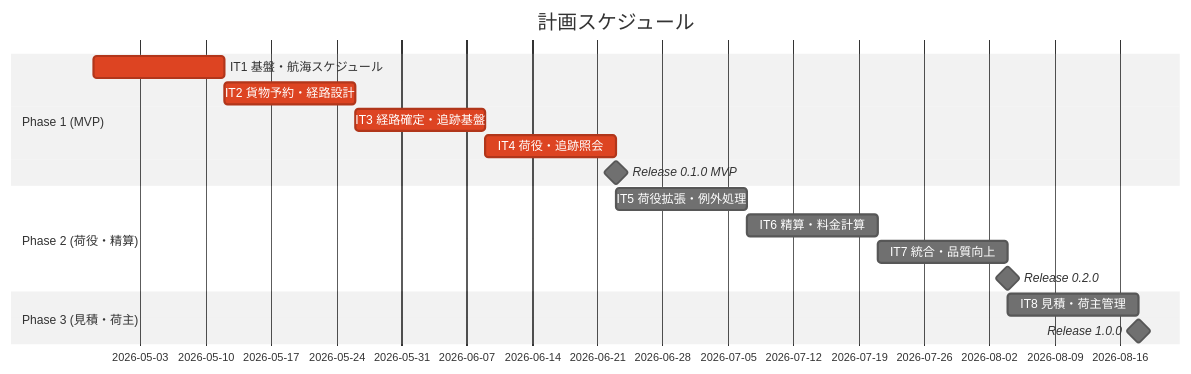
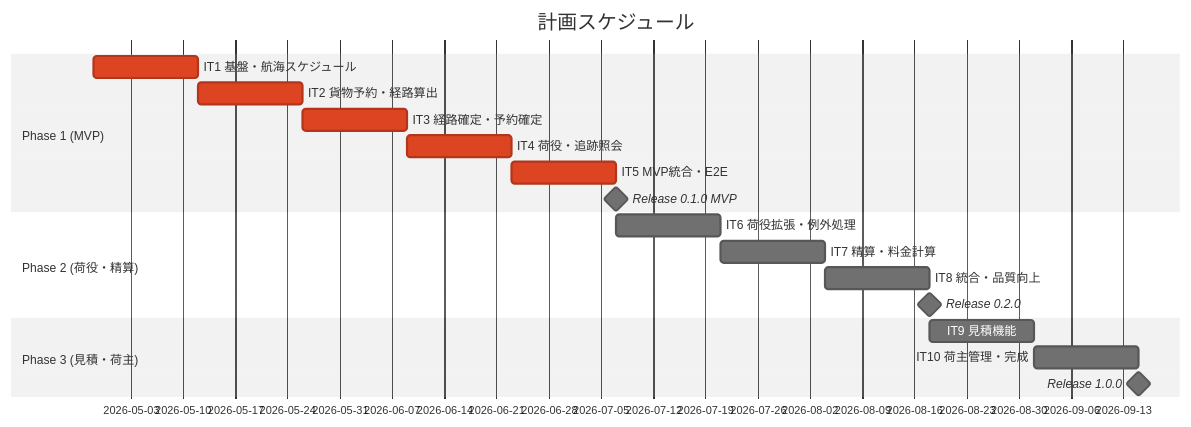
Before and after one commit to k2works/case-study-cargo-tracker: the first of 3 diagrams in docs/development/release_plan.md, drawn with Mermaid (neutral theme). The commit also changed other lines of this file and 2 other files, not shown here.

````diff
--- a/docs/development/release_plan.md
+++ b/docs/development/release_plan.md
@@ -136,19 +151,21 @@
 ```mermaid
 gantt
     title 計画スケジュール
     dateFormat  YYYY-MM-DD
     section Phase 1 (MVP)
-    IT1 基盤・航海スケジュール   :crit, p1-1, 2026-04-28, 14d
-    IT2 貨物予約・経路設計       :crit, p1-2, after p1-1, 14d
-    IT3 経路確定・追跡基盤       :crit, p1-3, after p1-2, 14d
-    IT4 荷役・追跡照会           :crit, p1-4, after p1-3, 14d
-    Release 0.1.0 MVP           :milestone, m1, after p1-4, 0d
+    IT1 基盤・航海スケジュール     :crit, p1-1, 2026-04-28, 14d
+    IT2 貨物予約・経路算出         :crit, p1-2, after p1-1, 14d
+    IT3 経路確定・予約確定         :crit, p1-3, after p1-2, 14d
+    IT4 荷役・追跡照会             :crit, p1-4, after p1-3, 14d
+    IT5 MVP統合・E2E              :crit, p1-5, after p1-4, 14d
+    Release 0.1.0 MVP             :milestone, m1, after p1-5, 0d
     section Phase 2 (荷役・精算)
-    IT5 荷役拡張・例外処理       :p2-1, after p1-4, 14d
-    IT6 精算・料金計算           :p2-2, after p2-1, 14d
-    IT7 統合・品質向上           :p2-3, after p2-2, 14d
-    Release 0.2.0               :milestone, m2, after p2-3, 0d
+    IT6 荷役拡張・例外処理         :p2-1, after p1-5, 14d
+    IT7 精算・料金計算             :p2-2, after p2-1, 14d
+    IT8 統合・品質向上             :p2-3, after p2-2, 14d
+    Release 0.2.0                 :milestone, m2, after p2-3, 0d
     section Phase 3 (見積・荷主)
-    IT8 見積・荷主管理           :p3-1, after p2-3, 14d
-    Release 1.0.0               :milestone, m3, after p3-1, 0d
+    IT9 見積機能                   :p3-1, after p2-3, 14d
+    IT10 荷主管理・完成             :p3-2, after p3-1, 14d
+    Release 1.0.0                 :milestone, m3, after p3-2, 0d
 ```
````
